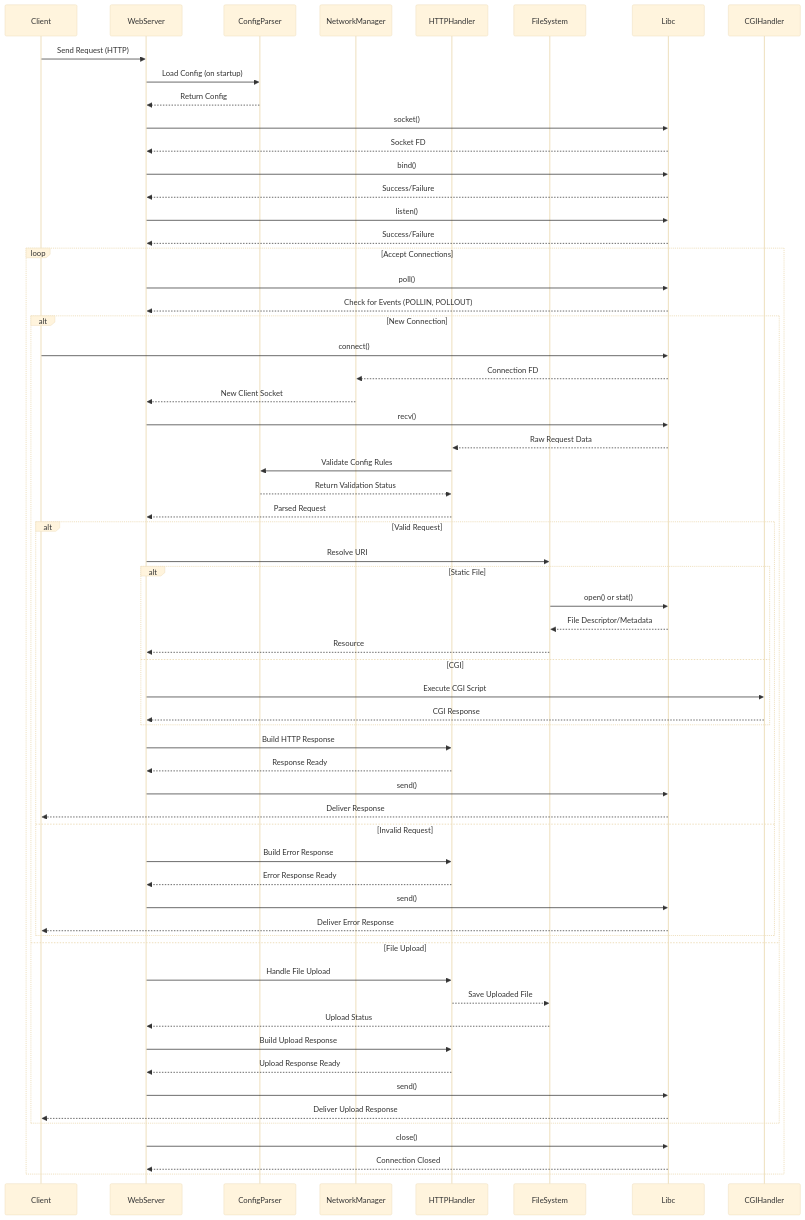
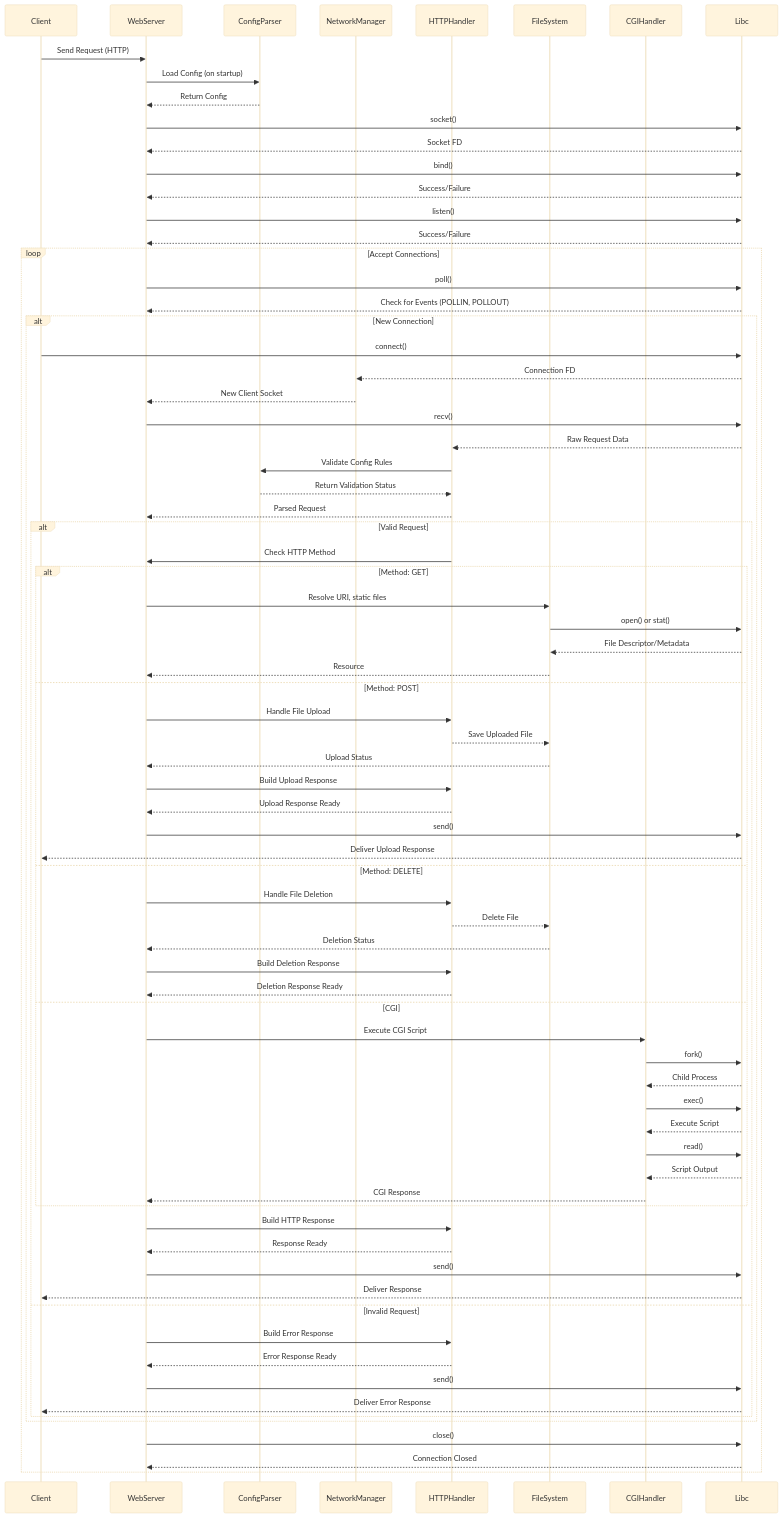
Before and after one commit to lkilpela/Webserv: the diagram in FLOW.md, drawn with Mermaid (base theme). The commit also changed other lines of this file, not shown here.

Commit message:
Enhance FLOW.md with detailed handling of HTTP methods (GET, POST, DELETE) in request processing sequence

```diff
--- a/FLOW.md
+++ b/FLOW.md
@@ -10,8 +10,9 @@
     participant NetworkManager
     participant HTTPHandler
     participant FileSystem
+    participant CGIHandler
     participant Libc
-    participant CGIHandler
+    
 
     Client->>WebServer: Send Request (HTTP)
     WebServer->>ConfigParser: Load Config (on startup)
@@ -40,13 +41,34 @@
             HTTPHandler-->>WebServer: Parsed Request
 
             alt Valid Request
-                WebServer->>FileSystem: Resolve URI
-                alt Static File
+                HTTPHandler->>WebServer: Check HTTP Method
+                alt Method: GET
+                    WebServer->>FileSystem: Resolve URI, static files
                     FileSystem->>Libc: open() or stat()
                     Libc-->>FileSystem: File Descriptor/Metadata
                     FileSystem-->>WebServer: Resource
+                else Method: POST
+                    WebServer->>HTTPHandler: Handle File Upload
+                    HTTPHandler-->>FileSystem: Save Uploaded File
+                    FileSystem-->>WebServer: Upload Status
+                    WebServer->>HTTPHandler: Build Upload Response
+                    HTTPHandler-->>WebServer: Upload Response Ready
+                    WebServer->>Libc: send()
+                    Libc-->>Client: Deliver Upload Response
+                else Method: DELETE
+                    WebServer->>HTTPHandler: Handle File Deletion
+                    HTTPHandler-->>FileSystem: Delete File
+                    FileSystem-->>WebServer: Deletion Status
+                    WebServer->>HTTPHandler: Build Deletion Response
+                    HTTPHandler-->>WebServer: Deletion Response Ready
                 else CGI
                     WebServer->>CGIHandler: Execute CGI Script
+                    CGIHandler->>Libc: fork()
+                    Libc-->>CGIHandler: Child Process
+                    CGIHandler->>Libc: exec()
+                    Libc-->>CGIHandler: Execute Script
+                    CGIHandler->>Libc: read()
+                    Libc-->>CGIHandler: Script Output
                     CGIHandler-->>WebServer: CGI Response
                 end
                 WebServer->>HTTPHandler: Build HTTP Response
@@ -60,14 +82,6 @@
                 Libc-->>Client: Deliver Error Response
             end
 
-        else File Upload
-            WebServer->>HTTPHandler: Handle File Upload
-            HTTPHandler-->>FileSystem: Save Uploaded File
-            FileSystem-->>WebServer: Upload Status
-            WebServer->>HTTPHandler: Build Upload Response
-            HTTPHandler-->>WebServer: Upload Response Ready
-            WebServer->>Libc: send()
-            Libc-->>Client: Deliver Upload Response
         end
 
         WebServer->>Libc: close()
```
